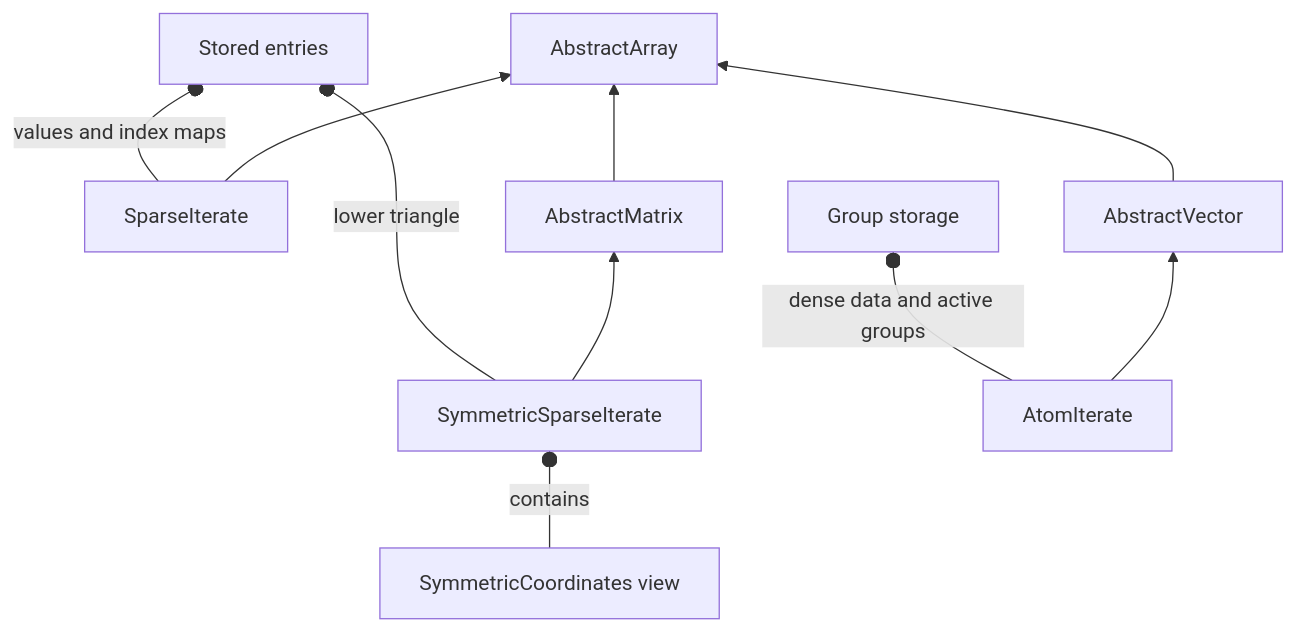
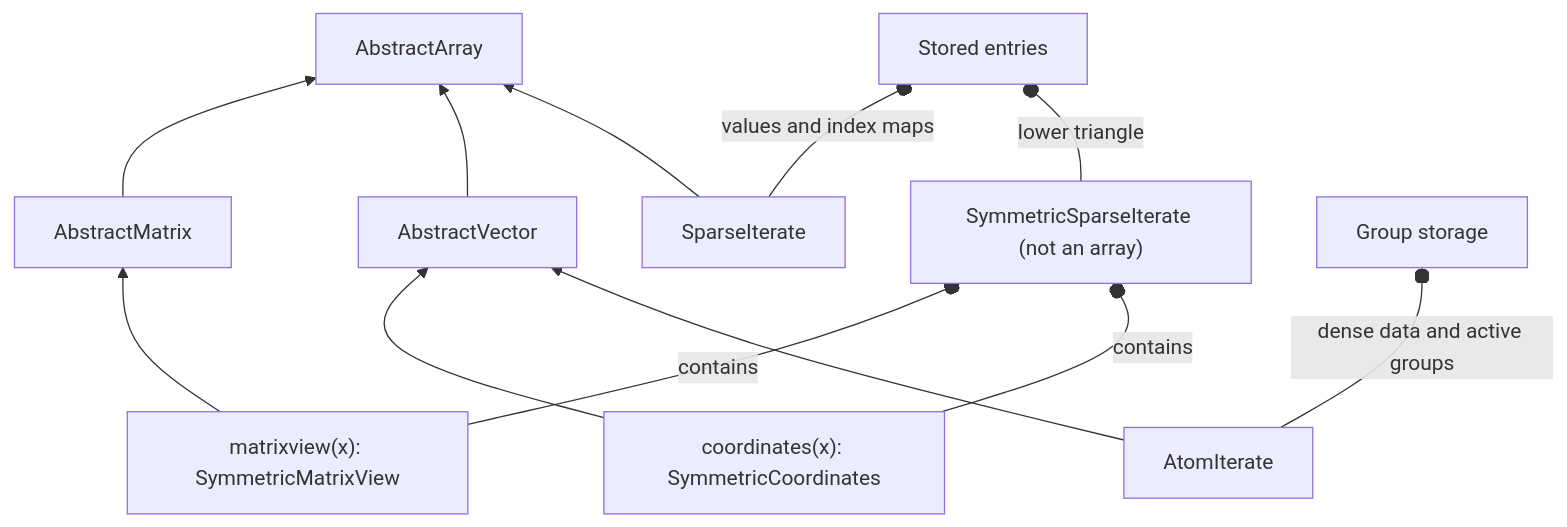
The diagram in docs/src/assets/architecture/04-storage-device.mmd (mlakolar/ProximalBase.jl), drawn with Mermaid before and after one commit. The commit also changed 3 other files, not shown here.

First line of the commit message:
Document the owner as a non-array, its three index spaces and the replacements of the 0.5 array operations (#728)

```diff
--- a/docs/src/assets/architecture/04-storage-device.mmd
+++ b/docs/src/assets/architecture/04-storage-device.mmd
@@ -1,10 +1,12 @@
 flowchart BT
   SI["SparseIterate"] --> AA["AbstractArray"]
-  SS["SymmetricSparseIterate"] --> AM["AbstractMatrix"]
   AT["AtomIterate"] --> AV["AbstractVector"]
-  AM --> AA
   AV --> AA
-  SI --o|values and index maps| ST["Stored entries"]
-  SS --o|lower triangle| ST
+  AM["AbstractMatrix"] --> AA
+  SS["SymmetricSparseIterate (not an array)"] --o|lower triangle| ST["Stored entries"]
+  SI --o|values and index maps| ST
   AT --o|dense data and active groups| GROUP["Group storage"]
-  V["SymmetricCoordinates view"] --o|contains| SS
+  V["coordinates(x): SymmetricCoordinates"] --> AV
+  W["matrixview(x): SymmetricMatrixView"] --> AM
+  V --o|contains| SS
+  W --o|contains| SS
```
